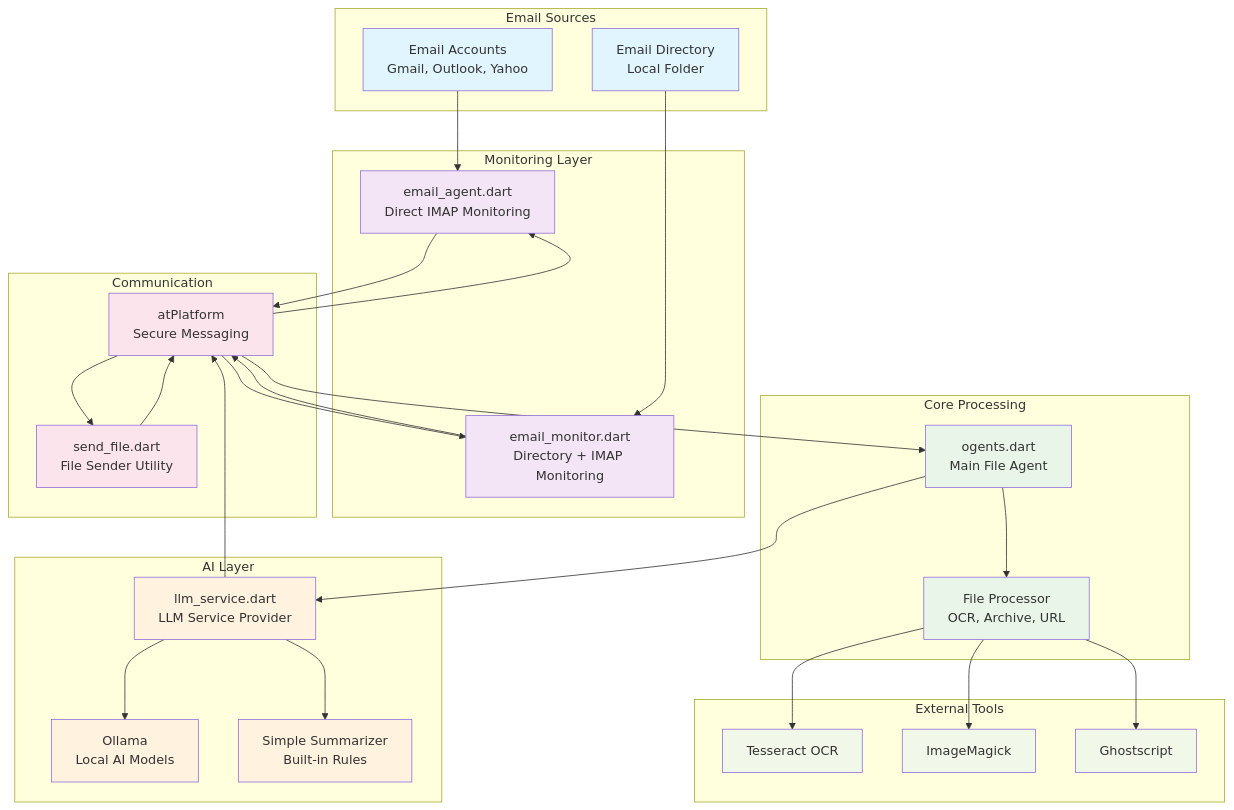
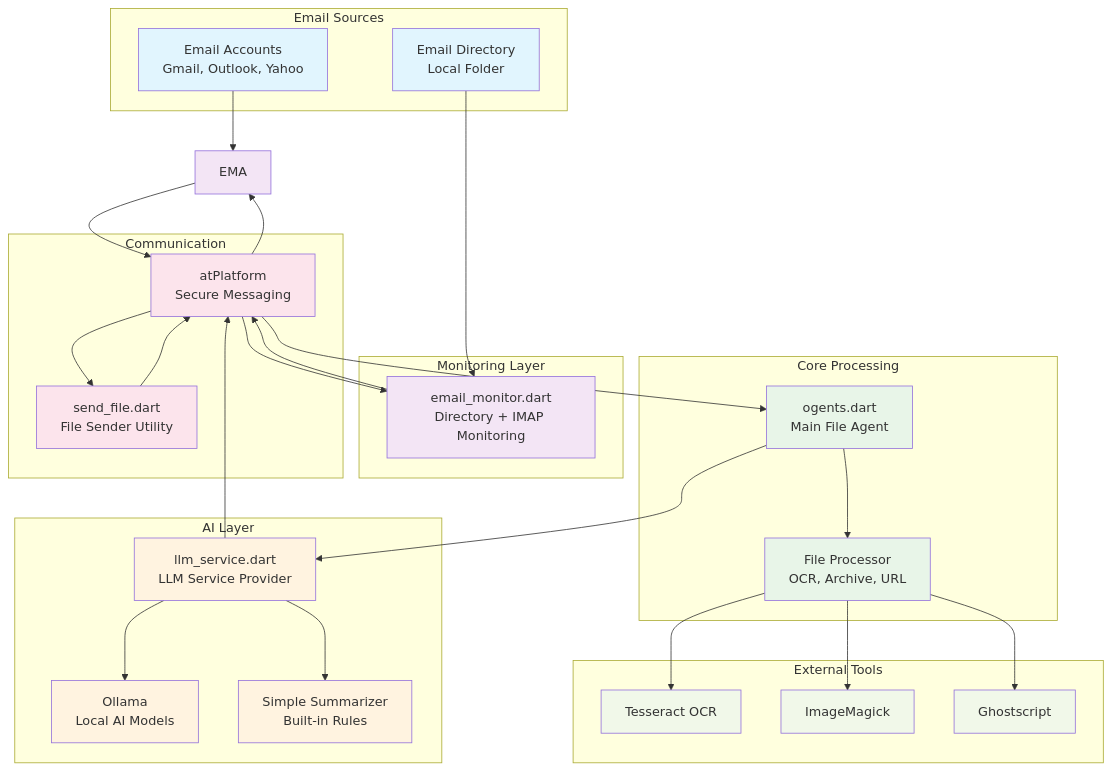
The diagram in docs/SYSTEM_ARCHITECTURE.md (cconstab/ogents), drawn with Mermaid before and after one commit. The commit also changed other lines of this file and 3 other files, not shown here.

First line of the commit message:
🗂️ Remove legacy email_agent.dart and consolidate email monitoring

````diff
--- a/docs/SYSTEM_ARCHITECTURE.md
+++ b/docs/SYSTEM_ARCHITECTURE.md
@@ -7,68 +7,67 @@
 ```mermaid
 graph TB
     subgraph "Email Sources"
         EM[Email Accounts<br/>Gmail, Outlook, Yahoo]
         ED[Email Directory<br/>Local Folder]
     end
     
     subgraph "Monitoring Layer"
-        EMA[email_agent.dart<br/>Direct IMAP Monitoring]
         EMO[email_monitor.dart<br/>Directory + IMAP Monitoring]
     end
     
     subgraph "Core Processing"
         FA[ogents.dart<br/>Main File Agent]
         FP[File Processor<br/>OCR, Archive, URL]
     end
     
     subgraph "AI Layer"
         LLM[llm_service.dart<br/>LLM Service Provider]
         OL[Ollama<br/>Local AI Models]
         SS[Simple Summarizer<br/>Built-in Rules]
     end
     
     subgraph "Communication"
         AT[atPlatform<br/>Secure Messaging]
         SF[send_file.dart<br/>File Sender Utility]
     end
     
     subgraph "External Tools"
         TS[Tesseract OCR]
         IM[ImageMagick]
         GS[Ghostscript]
     end
     
     %% Data Flow
     EM --> EMA
     ED --> EMO
     EMA --> AT
     EMO --> AT
     SF --> AT
     AT --> FA
     FA --> FP
     FP --> TS
     FP --> IM
     FP --> GS
     FA --> LLM
     LLM --> OL
     LLM --> SS
     LLM --> AT
     AT --> EMA
     AT --> EMO
     AT --> SF
     
     %% Styling
     classDef email fill:#e1f5fe
     classDef monitor fill:#f3e5f5
     classDef core fill:#e8f5e8
     classDef ai fill:#fff3e0
     classDef comm fill:#fce4ec
     classDef external fill:#f1f8e9
     
     class EM,ED email
     class EMA,EMO monitor
     class FA,FP core
     class LLM,OL,SS ai
     class AT,SF comm
     class TS,IM,GS external
 ```
````
